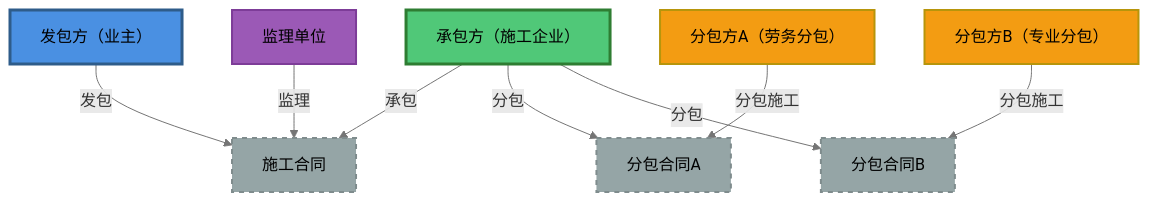
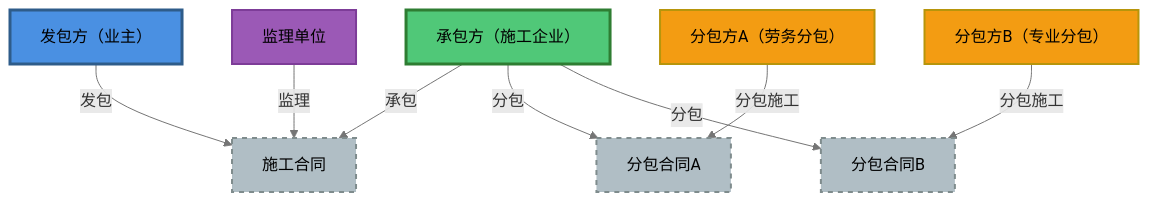
Before and after one commit to daixin877889/LexSeek: diagram 23 of 25 in .deepagents/skills/litigation-visualization/SKILL.md, drawn with Mermaid. The commit also changed other lines of this file and 4 other files, not shown here.

````diff
--- a/.deepagents/skills/litigation-visualization/SKILL.md
+++ b/.deepagents/skills/litigation-visualization/SKILL.md
@@ -870,30 +906,30 @@
 ```mermaid
 %%{init: {'themeVariables': {
   'primaryColor': '#E3F2FD',
   'primaryTextColor': '#000000',
   'lineColor': '#757575'
 }}}%%
 graph TD
     A[发包方（业主）]:::owner
     B[承包方（施工企业）]:::contractor
     C[分包方A（劳务分包）]:::subcontractor
     D[分包方B（专业分包）]:::subcontractor
     E[监理单位]:::supervisor
     F[施工合同]:::contract
     G[分包合同A]:::contract
     H[分包合同B]:::contract
     
     A --发包--> F
     B --承包--> F
     B --分包--> G
     B --分包--> H
     C --分包施工--> G
     D --分包施工--> H
     E --监理--> F
     
     classDef owner fill:#4A90E2,stroke:#2E5C8A,color:#000000,stroke-width:3px
     classDef contractor fill:#50C878,stroke:#2E7D32,color:#000000,stroke-width:3px
     classDef subcontractor fill:#F39C12,stroke:#B7950B,color:#000000,stroke-width:2px
     classDef supervisor fill:#9B59B6,stroke:#7D3C98,color:#000000,stroke-width:2px
-    classDef contract fill:#95A5A6,stroke:#7F8C8D,color:#000000,stroke-width:2px,stroke-dasharray: 5 5
+    classDef contract fill:#B0BEC5,stroke:#7F8C8D,color:#000000,stroke-width:2px,stroke-dasharray: 5 5
 ```
````
